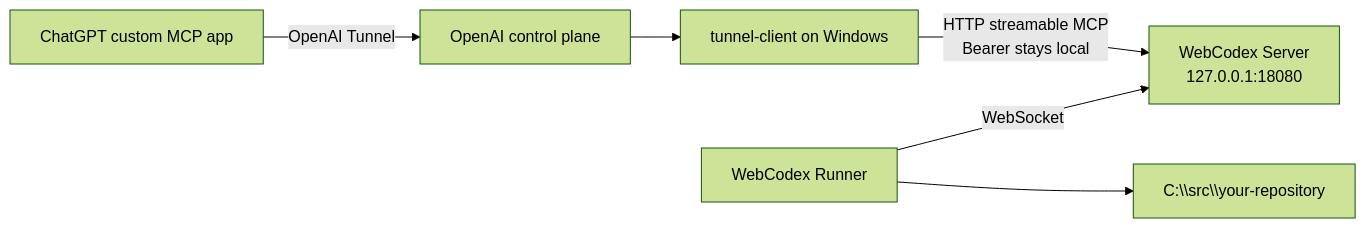
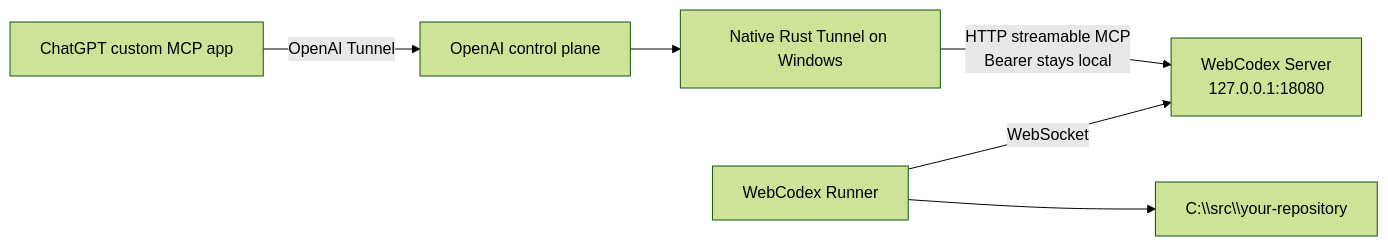
Before and after one commit to yyjeqhc/webcodex: the diagram in docs/WINDOWS_OPENAI_TUNNEL.md, drawn with Mermaid (forest theme). The commit also changed other lines of this file and 58 other files, not shown here.

Commit message:
feat(tunnel): embed native Rust client with reviewed transport boundaries

````diff
--- a/docs/WINDOWS_OPENAI_TUNNEL.md
+++ b/docs/WINDOWS_OPENAI_TUNNEL.md
@@ -29,8 +29,8 @@
 ```mermaid
 flowchart LR
     C[ChatGPT custom MCP app] -->|OpenAI Tunnel| CP[OpenAI control plane]
-    CP --> TC[tunnel-client on Windows]
+    CP --> TC[Native Rust Tunnel on Windows]
     TC -->|HTTP streamable MCP\nBearer stays local| S[WebCodex Server\n127.0.0.1:18080]
     R[WebCodex Runner] -->|WebSocket| S
     R --> P[C:\\src\\your-repository]
 ```
````
